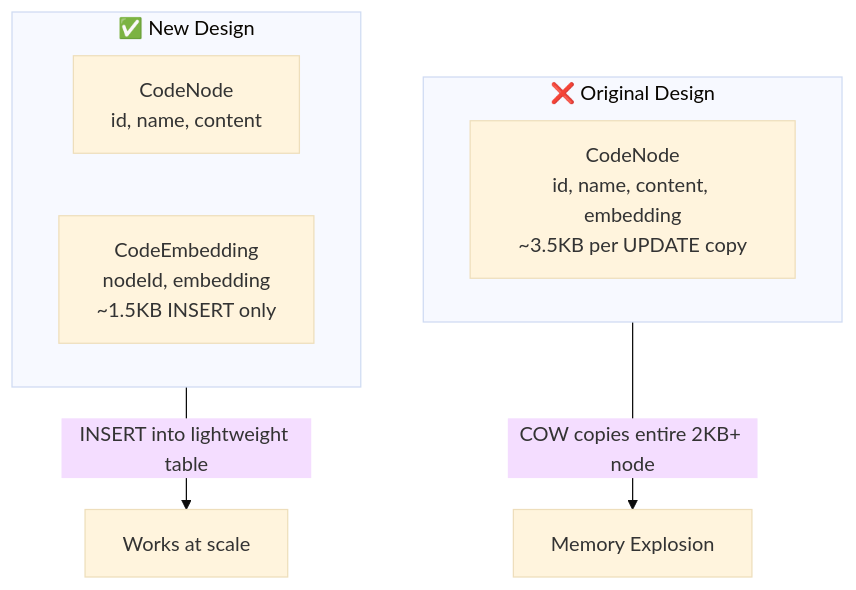
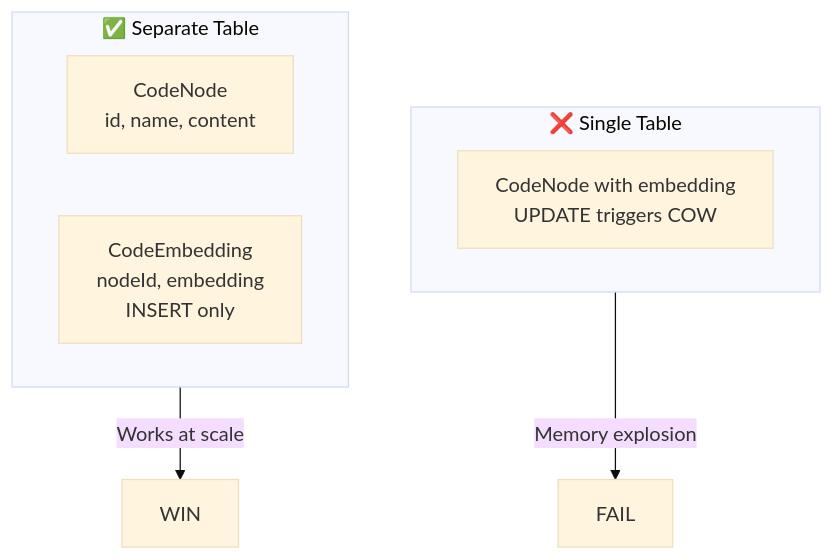
Before and after one commit to OliverNyx/NexusAI: the tenth of 11 diagrams in README.md, drawn with Mermaid (base theme). The commit also changed other lines of this file, not shown here.

````diff
--- a/README.md
+++ b/README.md
@@ -643,14 +336,14 @@
 ```mermaid
 flowchart TD
-    subgraph Old["❌ Original Design"]
-        CN1[CodeNode<br/>id, name, content, embedding<br/>~3.5KB per UPDATE copy]
+    subgraph Old["❌ Single Table"]
+        CN1[CodeNode with embedding<br/>UPDATE triggers COW]
     end
     
-    subgraph New["✅ New Design"]
+    subgraph New["✅ Separate Table"]
         CN2[CodeNode<br/>id, name, content]
-        CE[CodeEmbedding<br/>nodeId, embedding<br/>~1.5KB INSERT only]
+        CE[CodeEmbedding<br/>nodeId, embedding<br/>INSERT only]
     end
     
-    Old -->|"COW copies entire 2KB+ node"| FAIL[Memory Explosion]
-    New -->|"INSERT into lightweight table"| WIN[Works at scale]
+    Old -->|"Memory explosion"| FAIL
+    New -->|"Works at scale"| WIN
 ```
````
